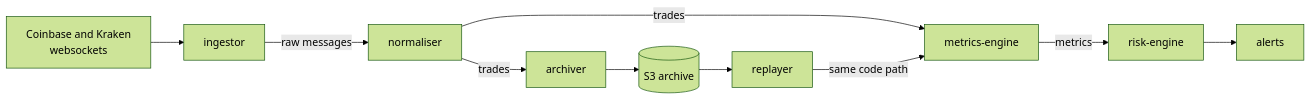
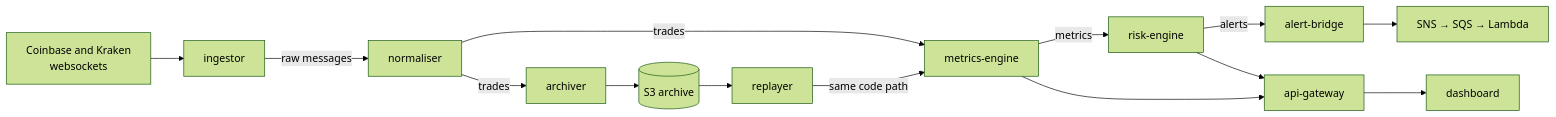
Before and after one commit to anibitri/tickstream: the diagram in README.md, drawn with Mermaid (forest theme). The commit also changed other lines of this file, not shown here.

````diff
--- a/README.md
+++ b/README.md
@@ -14,10 +37,11 @@
 ```mermaid
 flowchart LR
     EX[Coinbase and Kraken<br/>websockets] --> ING[ingestor]
     ING -->|raw messages| NRM[normaliser]
     NRM -->|trades| ME[metrics-engine]
     ME -->|metrics| RE[risk-engine]
-    RE --> AL[alerts]
+    RE -->|alerts| BR[alert-bridge] --> AWS[SNS → SQS → Lambda]
     NRM -->|trades| ARC[archiver] --> S3[(S3 archive)]
     S3 --> RPL[replayer] -->|same code path| ME
+    ME & RE --> API[api-gateway] --> UI[dashboard]
 ```
````
